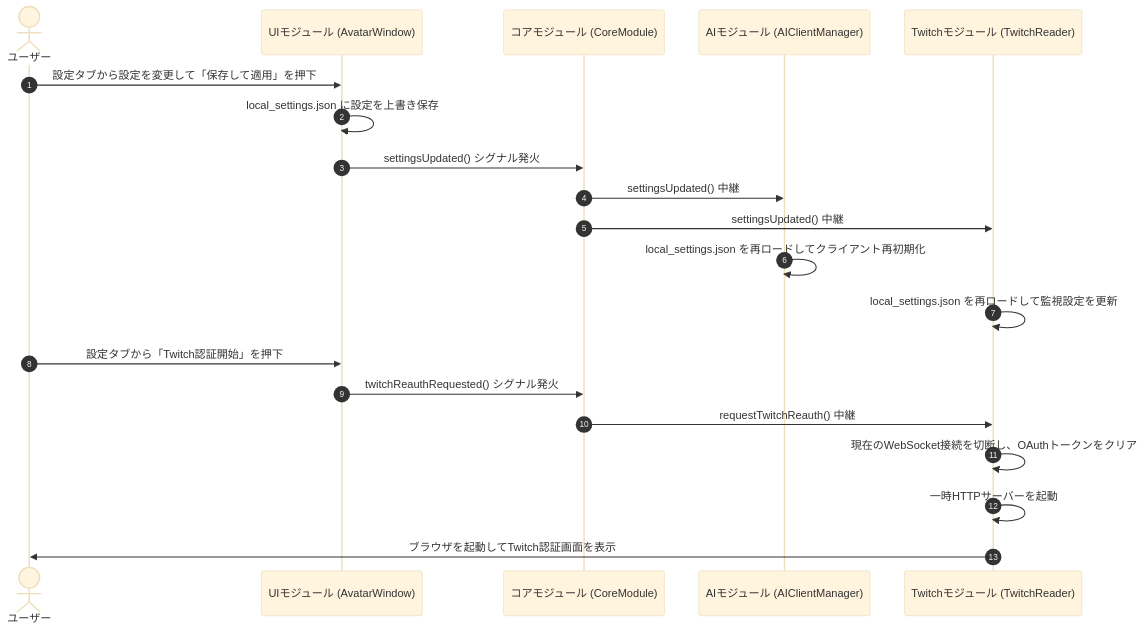
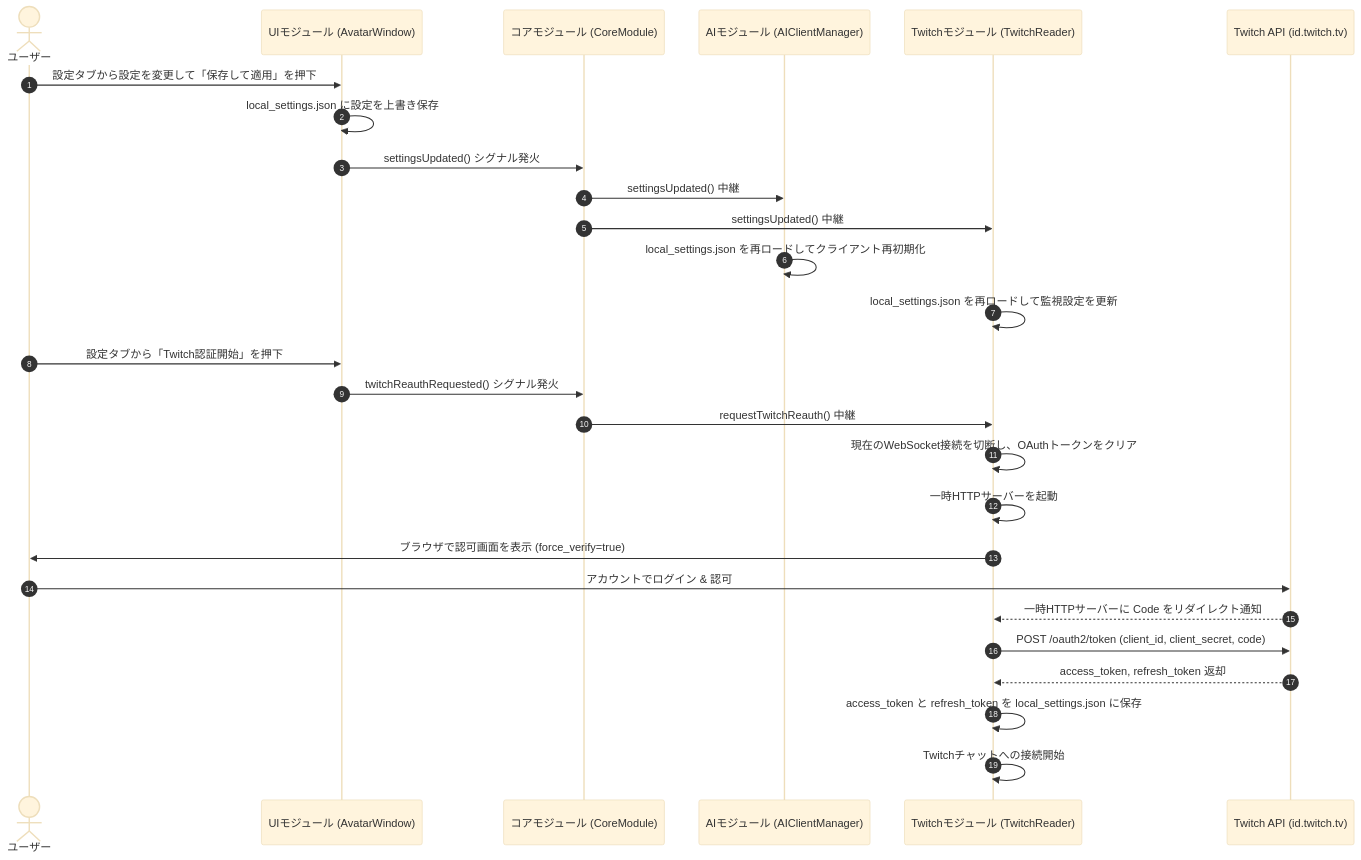
One commit to BLUE000/AiAssistantAvatar changed the tenth of 14 diagrams in doc/BasicDesign.md. Above: the diagram before and after it, drawn with Mermaid (base theme). The commit also changed other lines of this file and 2 other files, not shown here.

Commit message:
doc: Update specifications for Twitch Authorization Code Flow and WebHook integration

````diff
--- a/doc/BasicDesign.md
+++ b/doc/BasicDesign.md
@@ -462,26 +462,33 @@
 ```mermaid
 sequenceDiagram
     autonumber
     actor User as ユーザー
     participant UI as UIモジュール (AvatarWindow)
     participant Core as コアモジュール (CoreModule)
     participant AI as AIモジュール (AIClientManager)
     participant Twitch as Twitchモジュール (TwitchReader)
+    participant TwitchAPI as Twitch API (id.twitch.tv)
 
     %% 設定更新
     User->>UI: 設定タブから設定を変更して「保存して適用」を押下
     UI->>UI: local_settings.json に設定を上書き保存
     UI->>Core: settingsUpdated() シグナル発火
     Core->>AI: settingsUpdated() 中継
     Core->>Twitch: settingsUpdated() 中継
     AI->>AI: local_settings.json を再ロードしてクライアント再初期化
     Twitch->>Twitch: local_settings.json を再ロードして監視設定を更新
 
-    %% Twitch再認可
+    %% Twitch再認可 (Authorization Code Flow)
     User->>UI: 設定タブから「Twitch認証開始」を押下
     UI->>Core: twitchReauthRequested() シグナル発火
     Core->>Twitch: requestTwitchReauth() 中継
     Twitch->>Twitch: 現在のWebSocket接続を切断し、OAuthトークンをクリア
     Twitch->>Twitch: 一時HTTPサーバーを起動
-    Twitch->>User: ブラウザを起動してTwitch認証画面を表示
+    Twitch->>User: ブラウザで認可画面を表示 (force_verify=true)
+    User->>TwitchAPI: アカウントでログイン & 認可
+    TwitchAPI-->>Twitch: 一時HTTPサーバーに Code をリダイレクト通知
+    Twitch->>TwitchAPI: POST /oauth2/token (client_id, client_secret, code)
+    TwitchAPI-->>Twitch: access_token, refresh_token 返却
+    Twitch->>Twitch: access_token と refresh_token を local_settings.json に保存
+    Twitch->>Twitch: Twitchチャットへの接続開始
 ```
````
